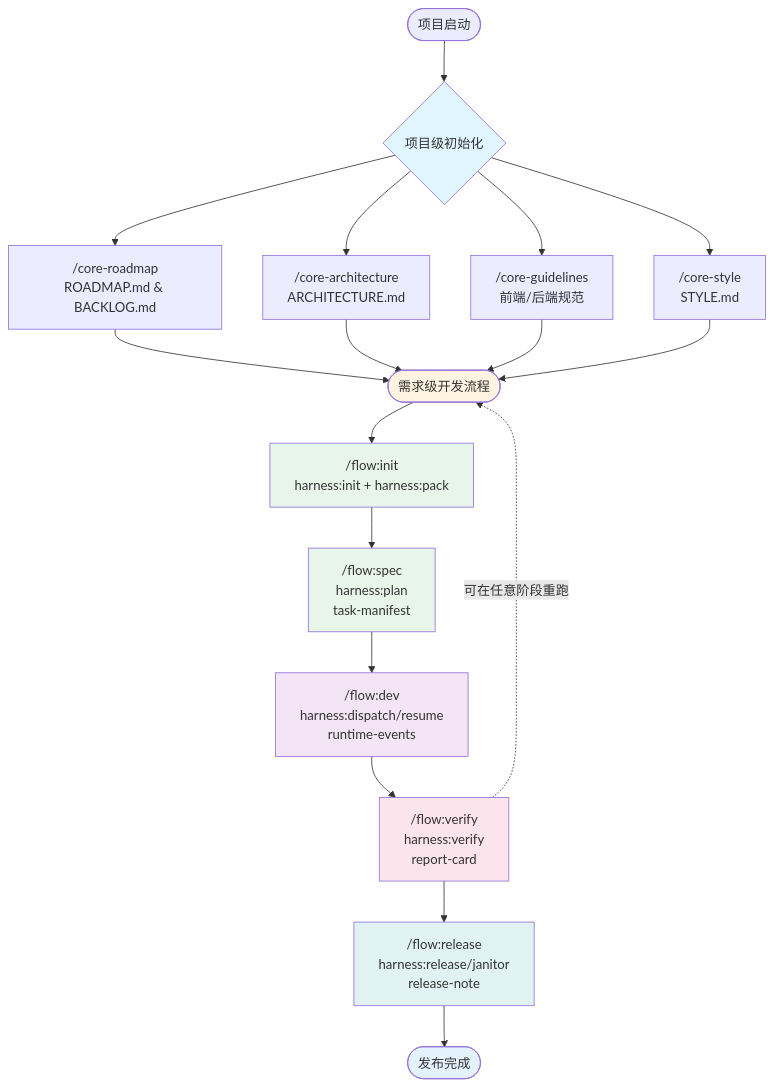
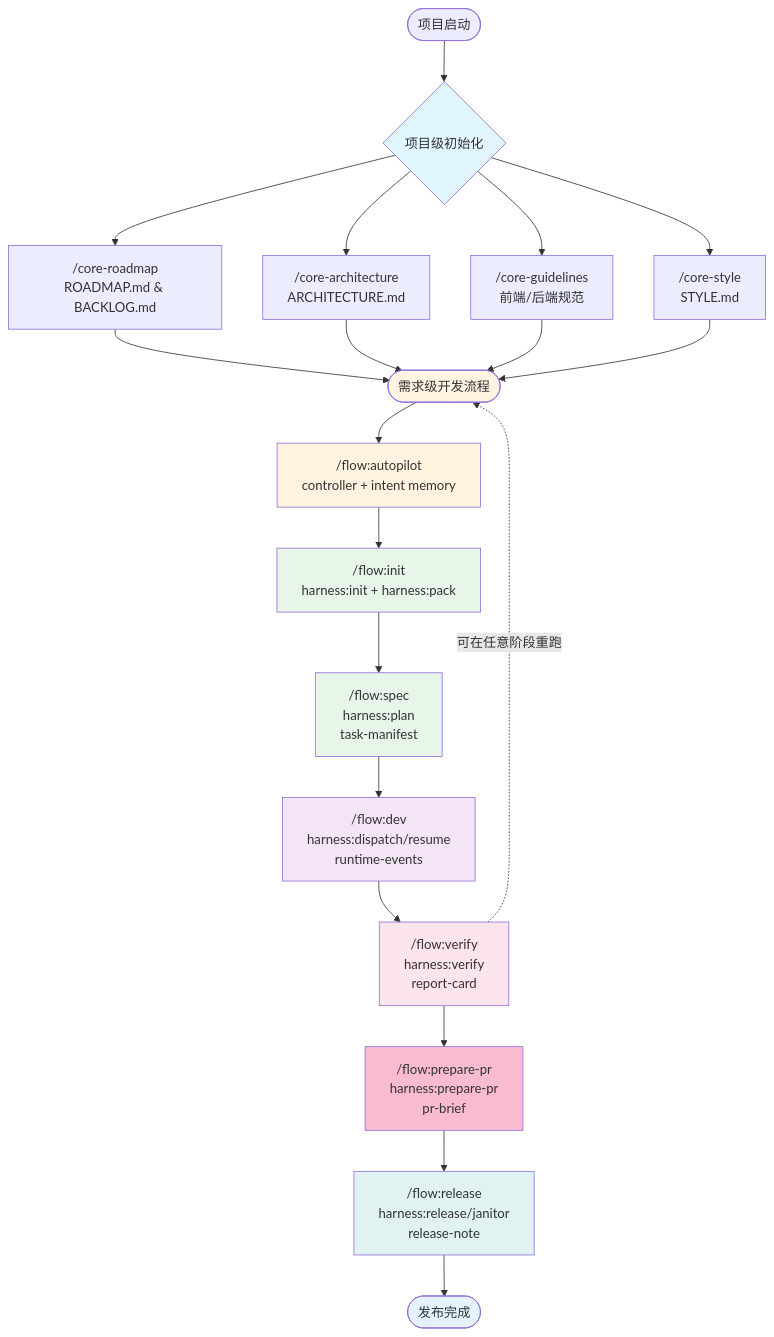
One commit to Dimon94/cc-devflow changed the diagram in README.zh-CN.md. Above: the diagram before and after it, drawn with Mermaid. The commit also changed other lines of this file, not shown here.

````diff
--- a/README.zh-CN.md
+++ b/README.zh-CN.md
@@ -307,32 +307,36 @@
 ```mermaid
 graph TB
     Start([项目启动]) --> ProjectLevel{项目级初始化}
 
     ProjectLevel --> CoreRoadmap["/core-roadmap<br/>ROADMAP.md & BACKLOG.md"]
     ProjectLevel --> CoreArch["/core-architecture<br/>ARCHITECTURE.md"]
     ProjectLevel --> CoreGuidelines["/core-guidelines<br/>前端/后端规范"]
     ProjectLevel --> CoreStyle["/core-style<br/>STYLE.md"]
 
     CoreRoadmap --> ReqLevel
     CoreArch --> ReqLevel
     CoreGuidelines --> ReqLevel
     CoreStyle --> ReqLevel
 
-    ReqLevel([需求级开发流程]) --> FlowInit["/flow:init<br/>harness:init + harness:pack"]
+    ReqLevel([需求级开发流程]) --> FlowAutopilot["/flow:autopilot<br/>controller + intent memory"]
+    FlowAutopilot --> FlowInit["/flow:init<br/>harness:init + harness:pack"]
     FlowInit --> FlowSpec["/flow:spec<br/>harness:plan<br/>task-manifest"]
     FlowSpec --> FlowDev["/flow:dev<br/>harness:dispatch/resume<br/>runtime-events"]
     FlowDev --> FlowVerify["/flow:verify<br/>harness:verify<br/>report-card"]
-    FlowVerify --> FlowRelease["/flow:release<br/>harness:release/janitor<br/>release-note"]
+    FlowVerify --> FlowPreparePr["/flow:prepare-pr<br/>harness:prepare-pr<br/>pr-brief"]
+    FlowPreparePr --> FlowRelease["/flow:release<br/>harness:release/janitor<br/>release-note"]
     FlowRelease --> End([发布完成])
 
     FlowVerify -.->|可在任意阶段重跑| ReqLevel
 
     style ProjectLevel fill:#e1f5ff
     style ReqLevel fill:#fff4e1
+    style FlowAutopilot fill:#fff3e0
     style FlowInit fill:#e8f5e9
     style FlowSpec fill:#e8f5e9
     style FlowDev fill:#f3e5f5
     style FlowVerify fill:#fce4ec
+    style FlowPreparePr fill:#f8bbd0
     style FlowRelease fill:#e0f2f1
     style End fill:#e3f2fd
 ```
````
